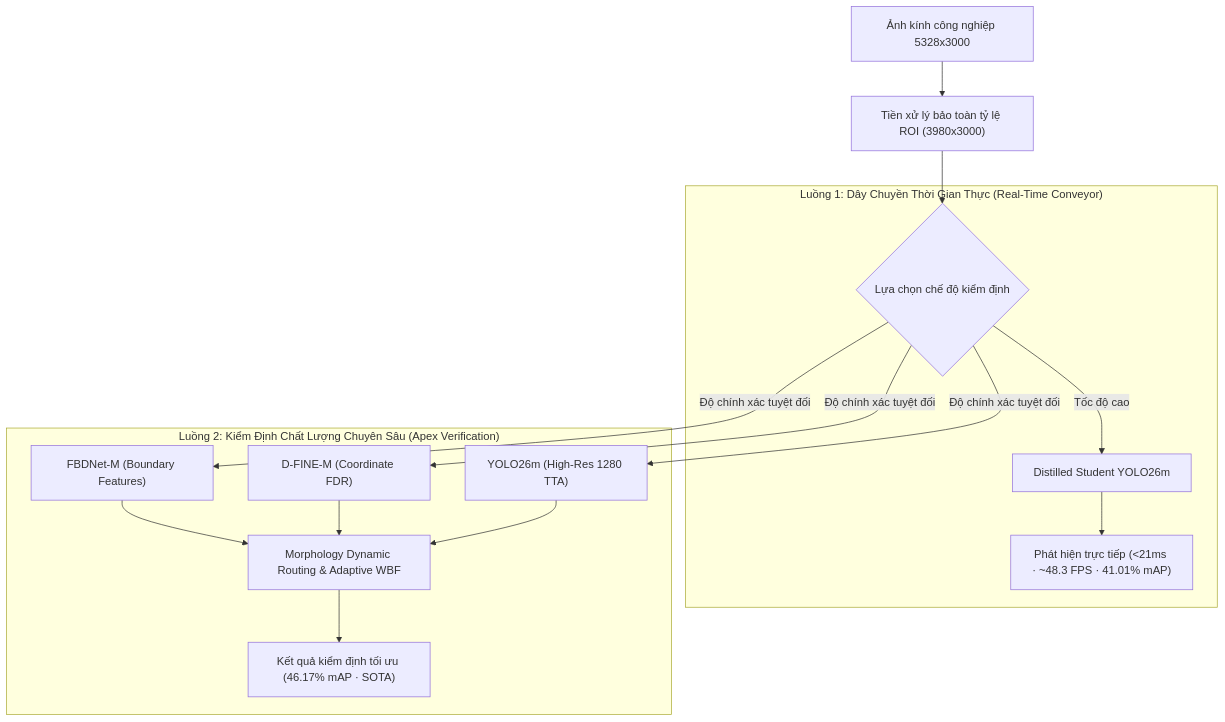
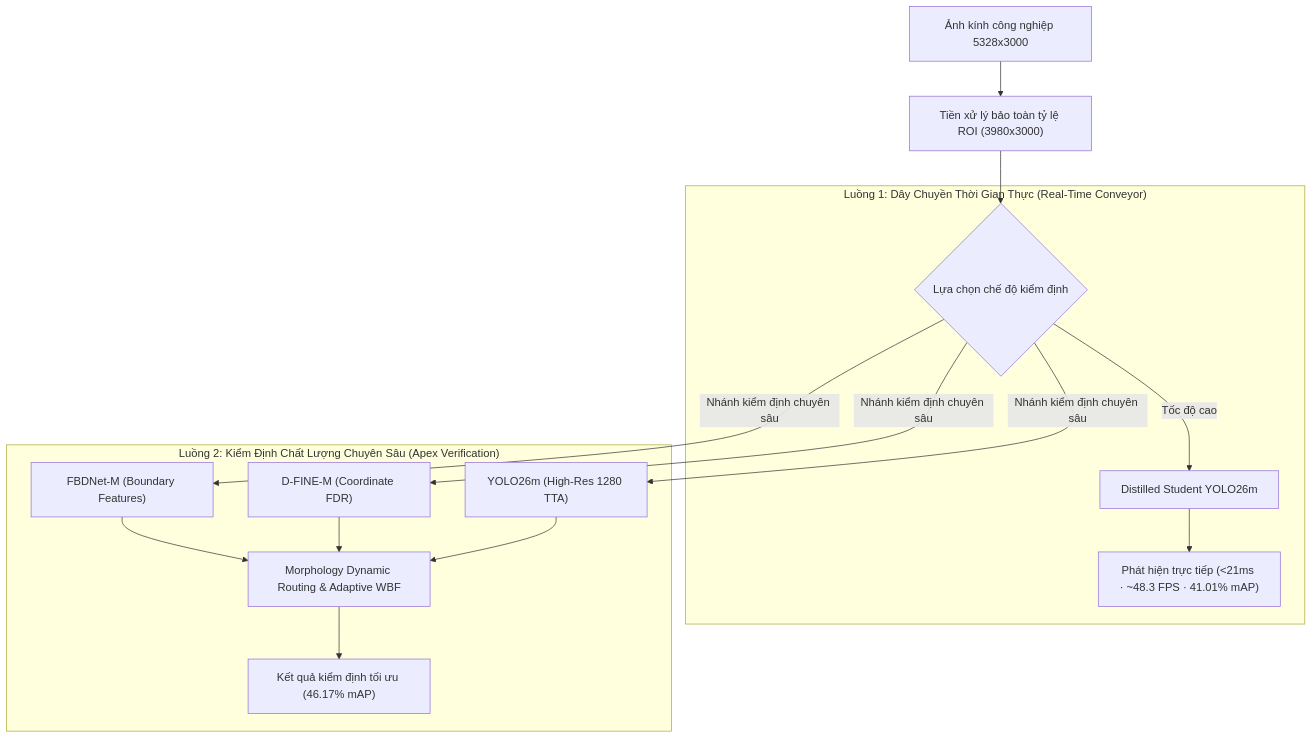
The diagram in docs/FULL_DOCUMENTATION.md (nvtanphat/glass-defect-inspector), drawn with Mermaid before and after one commit. The commit also changed other lines of this file and 91 other files, not shown here.

````diff
--- a/docs/FULL_DOCUMENTATION.md
+++ b/docs/FULL_DOCUMENTATION.md
@@ -68,18 +68,18 @@
 ```mermaid
 flowchart TD
     Raw["Ảnh kính công nghiệp 5328x3000"] --> ROI["Tiền xử lý bảo toàn tỷ lệ ROI (3980x3000)"]
     ROI --> Router{"Lựa chọn chế độ kiểm định"}
 
     subgraph Conveyor_Pipeline ["Luồng 1: Dây Chuyền Thời Gian Thực (Real-Time Conveyor)"]
         Router -->|Tốc độ cao| Student["Distilled Student YOLO26m"]
         Student --> RealTimeOut["Phát hiện trực tiếp (<21ms · ~48.3 FPS · 41.01% mAP)"]
     end
 
     subgraph Inspection_Pipeline ["Luồng 2: Kiểm Định Chất Lượng Chuyên Sâu (Apex Verification)"]
-        Router -->|Độ chính xác tuyệt đối| FBD["FBDNet-M (Boundary Features)"]
-        Router -->|Độ chính xác tuyệt đối| DF["D-FINE-M (Coordinate FDR)"]
-        Router -->|Độ chính xác tuyệt đối| Y26["YOLO26m (High-Res 1280 TTA)"]
+        Router -->|Nhánh kiểm định chuyên sâu| FBD["FBDNet-M (Boundary Features)"]
+        Router -->|Nhánh kiểm định chuyên sâu| DF["D-FINE-M (Coordinate FDR)"]
+        Router -->|Nhánh kiểm định chuyên sâu| Y26["YOLO26m (High-Res 1280 TTA)"]
         FBD & DF & Y26 --> WBF["Morphology Dynamic Routing & Adaptive WBF"]
-        WBF --> ApexOut["Kết quả kiểm định tối ưu (46.17% mAP · SOTA)"]
+        WBF --> ApexOut["Kết quả kiểm định tối ưu (46.17% mAP)"]
     end
 ```
````
